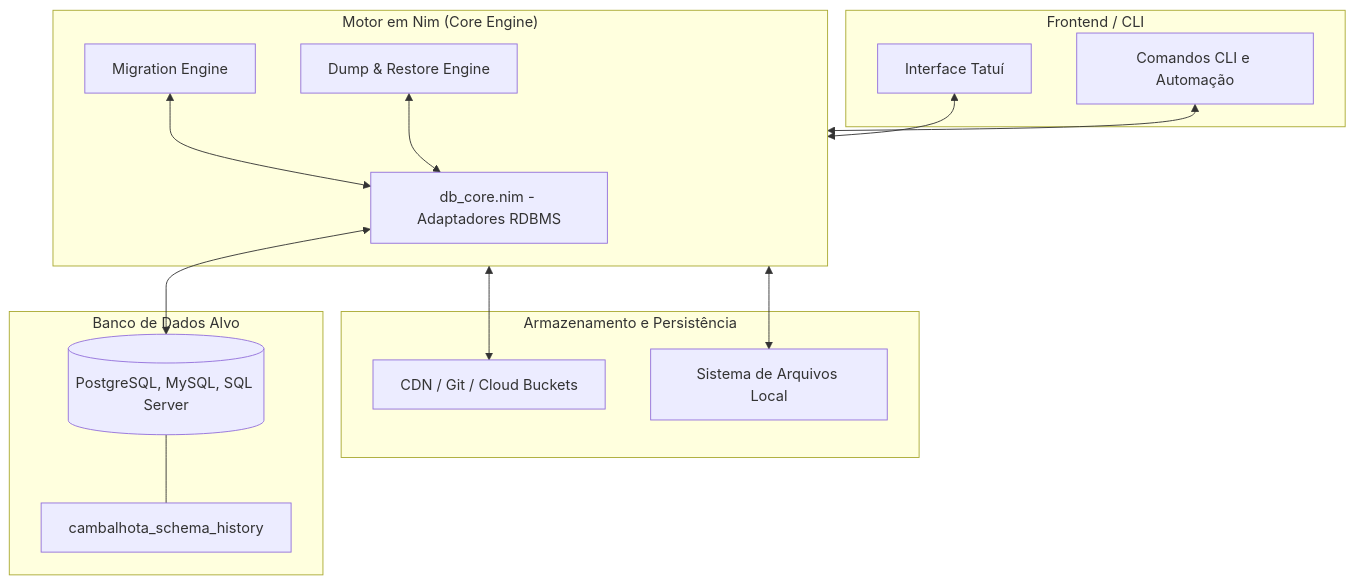
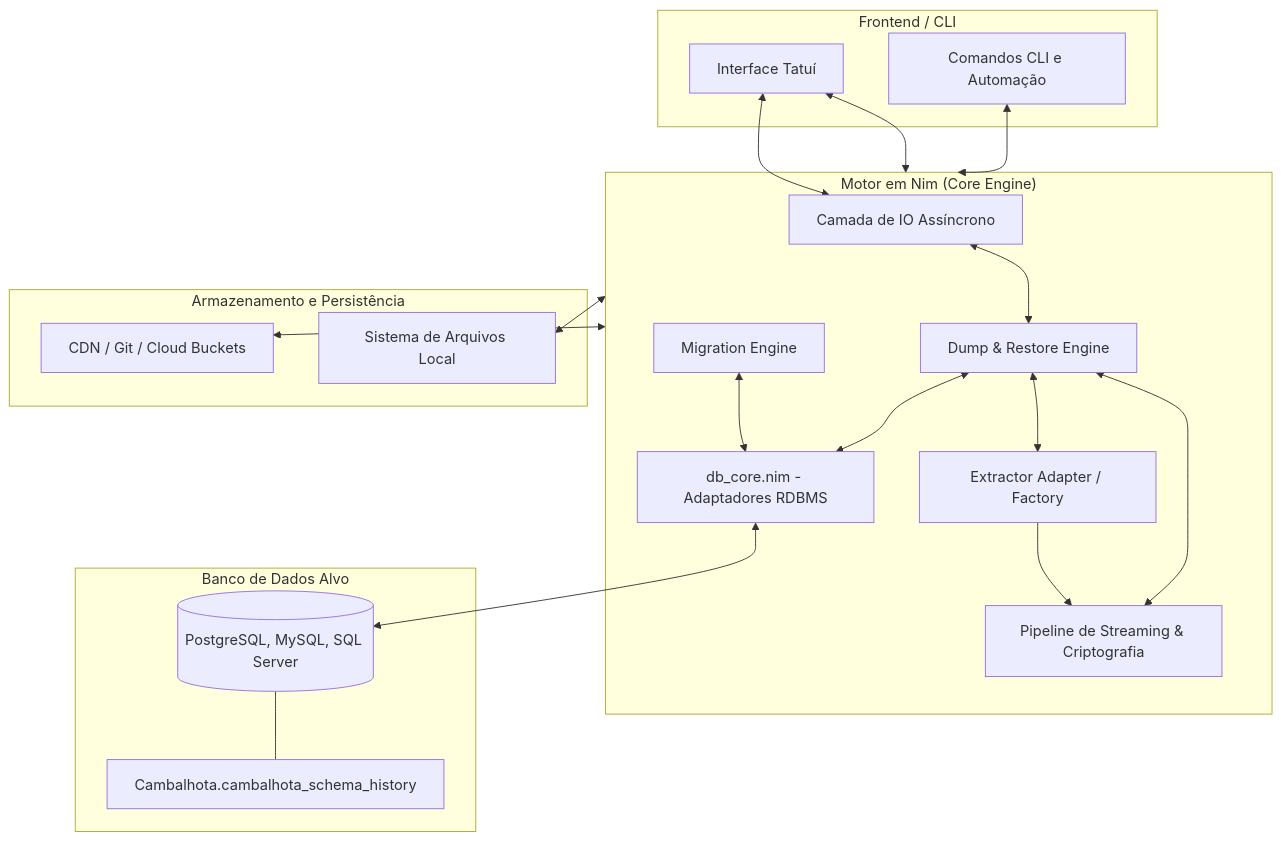
The diagram in docs/engineering/architecture_map.md (invector-tecnologia/cambalhota), drawn with Mermaid before and after one commit. The commit also changed other lines of this file and 45 other files, not shown here.

Commit message:
feat: implement core restore engine, streaming extraction, and architecture decision records for backups and TUI concurrency.

````diff
--- a/docs/engineering/architecture_map.md
+++ b/docs/engineering/architecture_map.md
@@ -8,32 +8,40 @@
 ```mermaid
 flowchart TD
     subgraph UI ["Frontend / CLI"]
         TUI[Interface Tatuí]
         CLI[Comandos CLI e Automação]
     end
 
     subgraph Core ["Motor em Nim (Core Engine)"]
+        AsyncIO[Camada de IO Assíncrono]
         DBCore[db_core.nim - Adaptadores RDBMS]
         MigEngine[Migration Engine]
+        ExtAdapter[Extractor Adapter / Factory]
         DumpRest[Dump & Restore Engine]
+        StreamPipe[Pipeline de Streaming & Criptografia]
     end
 
     subgraph Persistence ["Armazenamento e Persistência"]
         CDN[CDN / Git / Cloud Buckets]
         Local[Sistema de Arquivos Local]
     end
 
     subgraph DB ["Banco de Dados Alvo"]
         TargetDB[(PostgreSQL, MySQL, SQL Server)]
-        AuditTable[cambalhota_schema_history]
+        AuditTable[Cambalhota.cambalhota_schema_history]
     end
 
+    TUI <--> AsyncIO
     TUI <--> Core
     CLI <--> Core
+    AsyncIO <--> DumpRest
     MigEngine <--> DBCore
     DumpRest <--> DBCore
+    DumpRest <--> ExtAdapter
+    ExtAdapter --> StreamPipe
+    DumpRest <--> StreamPipe
     DBCore <--> TargetDB
     TargetDB --- AuditTable
     Core <--> CDN
     Core <--> Local
 ```
````
